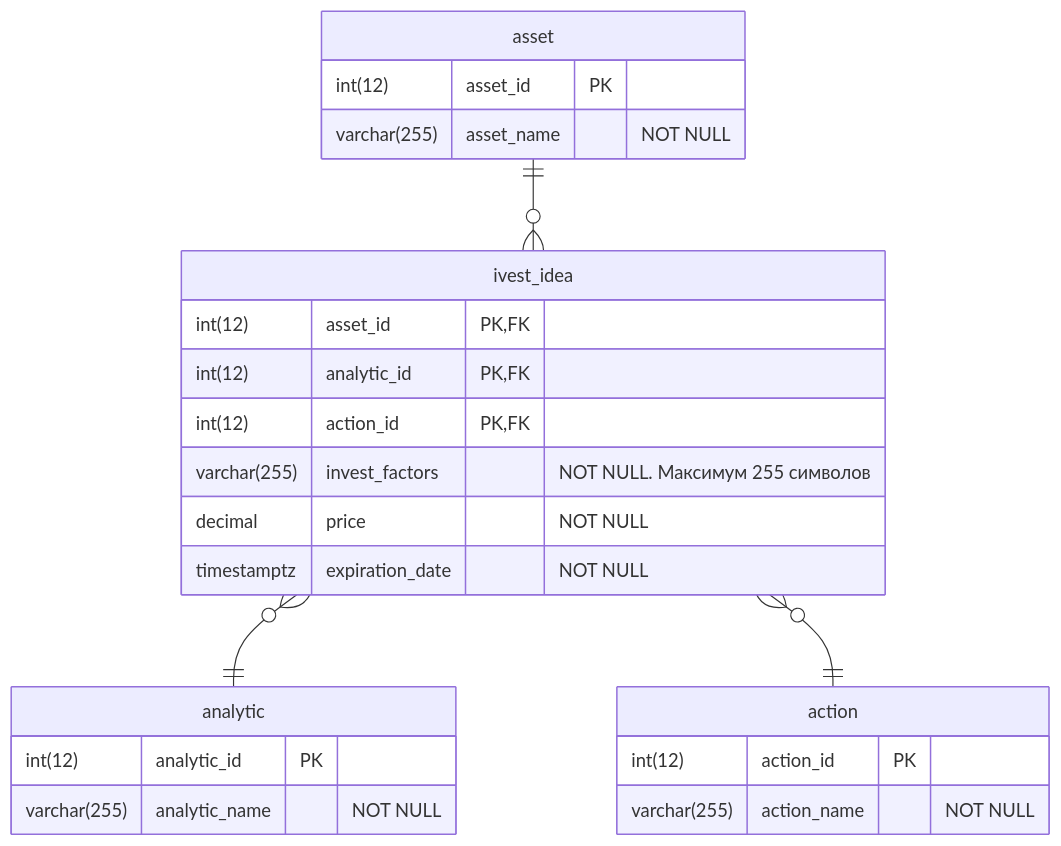
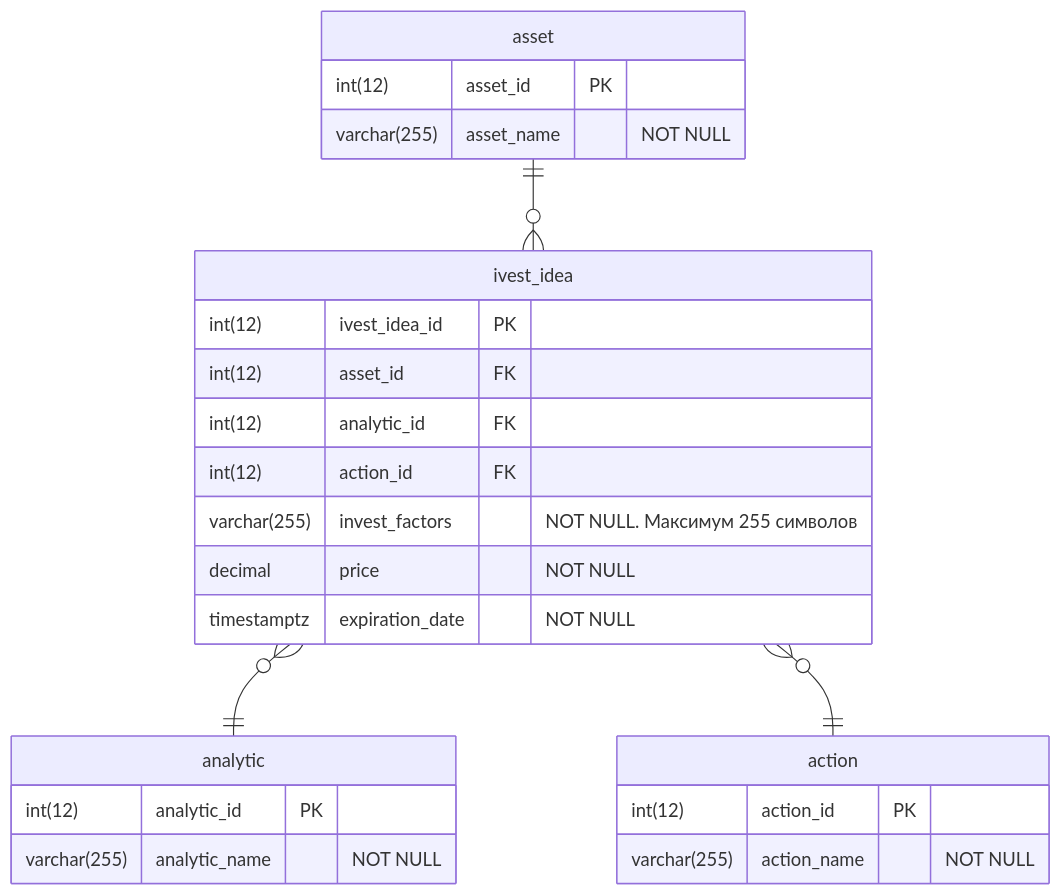
One commit to oleshko-g/sa_cases changed the diagram in invest_idea/# case.md. Above: the diagram before and after it, drawn with Mermaid. The commit also changed other lines of this file and 1 other file, not shown here.

````diff
--- a/invest_idea/# case.md
+++ b/invest_idea/# case.md
@@ -13,30 +13,31 @@
 ```mermaid
 erDiagram
     
     
 
     asset {
         int(12) asset_id PK
         varchar(255) asset_name "NOT NULL"
     }
     ivest_idea {
-        int(12) asset_id PK,FK
-        int(12) analytic_id PK, FK
-        int(12)  action_id PK, FK
+        int(12) ivest_idea_id PK
+        int(12) asset_id FK
+        int(12) analytic_id FK
+        int(12)  action_id FK
         varchar(255) invest_factors "NOT NULL. Максимум 255 символов"
         decimal price "NOT NULL"
         timestamptz expiration_date "NOT NULL" 
     }
     analytic { 
         int(12) analytic_id PK
         varchar(255) analytic_name "NOT NULL"
         }
     action {
         int(12) action_id PK
         varchar(255) action_name "NOT NULL"
     }
 
     asset ||--o{ ivest_idea : ""
     ivest_idea }o--|| analytic : ""
     ivest_idea }o--|| action : ""
 ```
````
